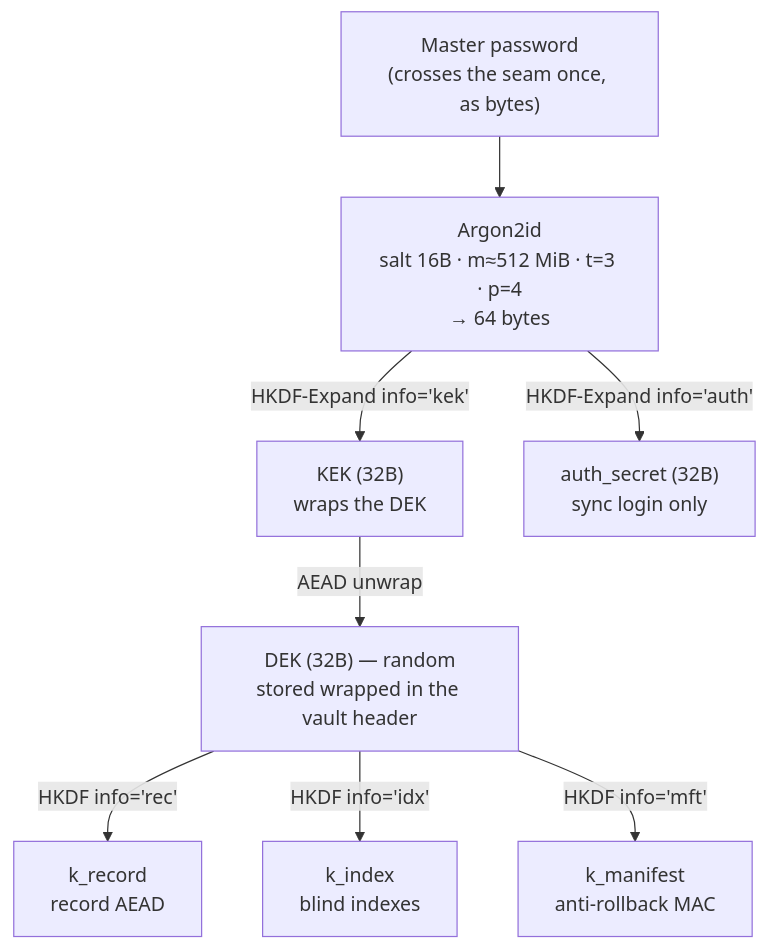
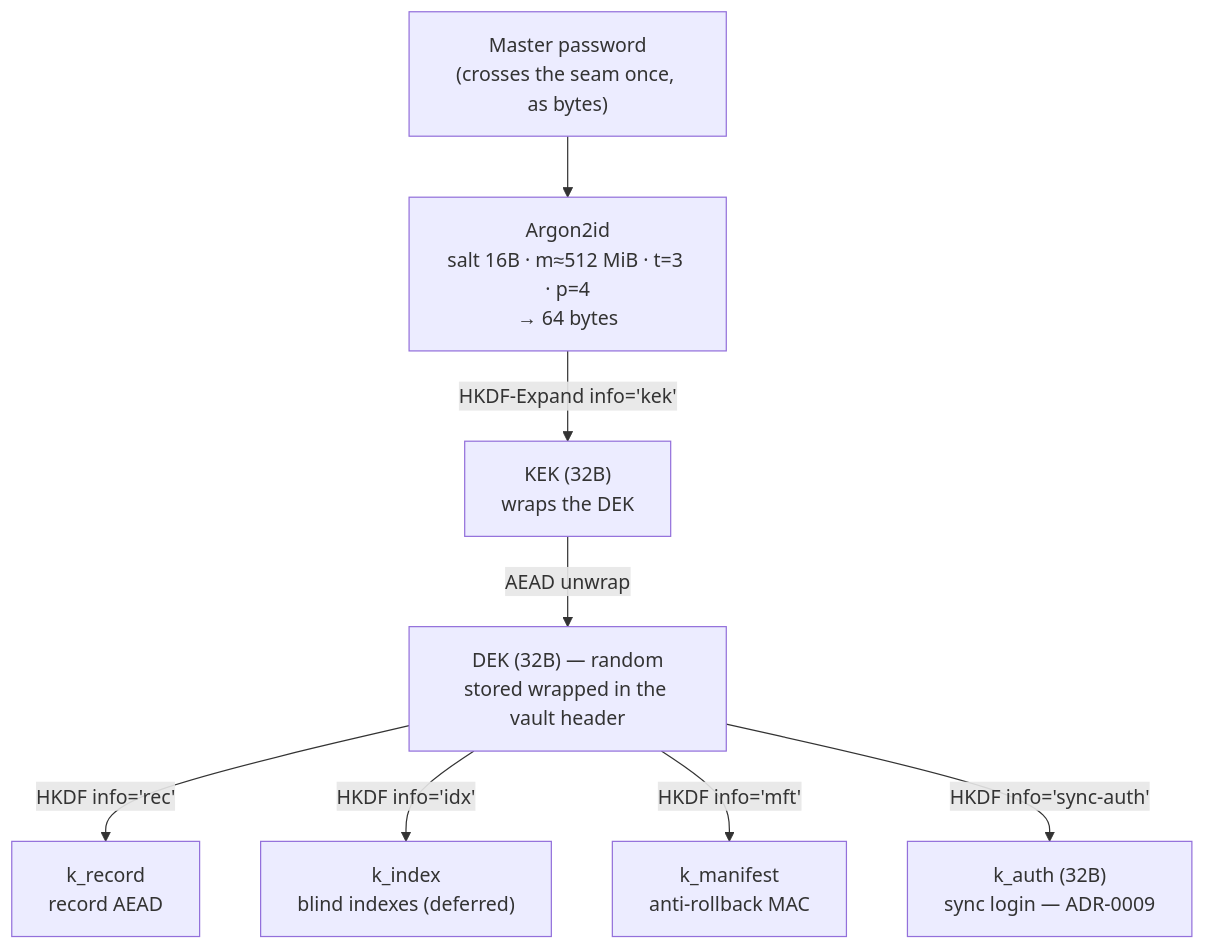
Before and after one commit to csabimvp/PassFortApp: the second of 3 diagrams in docs/architecture.md, drawn with Mermaid. The commit also changed other lines of this file and 6 other files, not shown here.

First line of the commit message:
docs: design M5 sync to endpoint level; ADR-0009 sync auth key; architecture rev 12

````diff
--- a/docs/architecture.md
+++ b/docs/architecture.md
@@ -266,19 +274,19 @@
 ```mermaid
 flowchart TB
     MP["Master password<br/>(crosses the seam once, as bytes)"]
     A["Argon2id<br/>salt 16B · m≈512 MiB · t=3 · p=4<br/>→ 64 bytes"]
     KEK["KEK (32B)<br/>wraps the DEK"]
-    AUTH["auth_secret (32B)<br/>sync login only"]
     DEK["DEK (32B) — random<br/>stored wrapped in the vault header"]
     KR["k_record<br/>record AEAD"]
-    KI["k_index<br/>blind indexes"]
+    KI["k_index<br/>blind indexes (deferred)"]
     KM["k_manifest<br/>anti-rollback MAC"]
+    KA["k_auth (32B)<br/>sync login — ADR-0009"]
 
     MP --> A
     A -->|HKDF-Expand info='kek'| KEK
-    A -->|HKDF-Expand info='auth'| AUTH
     KEK -->|AEAD unwrap| DEK
     DEK -->|HKDF info='rec'| KR
     DEK -->|HKDF info='idx'| KI
     DEK -->|HKDF info='mft'| KM
+    DEK -->|HKDF info='sync-auth'| KA
 ```
````
